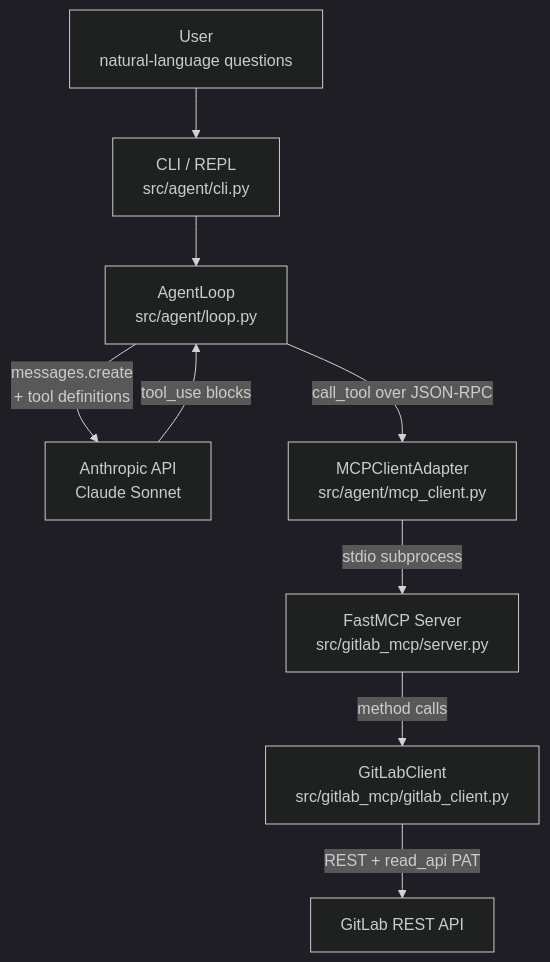
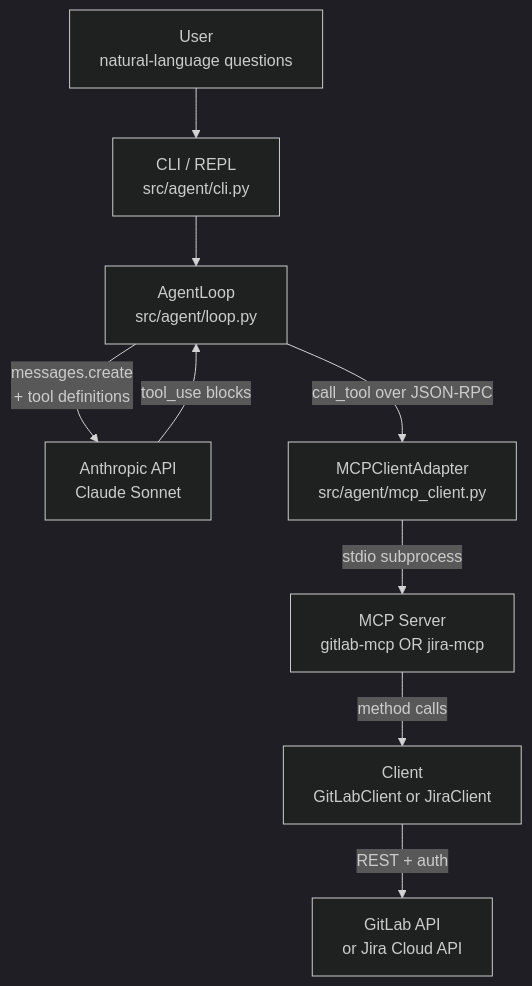
The diagram in README.md (readyrok/gitlab-mcp), drawn with Mermaid (dark theme) before and after one commit. The commit also changed other lines of this file, not shown here.

````diff
--- a/README.md
+++ b/README.md
@@ -39,12 +46,12 @@
 ```mermaid
 flowchart TD
     user[User<br/>natural-language questions]
     user --> cli[CLI / REPL<br/>src/agent/cli.py]
     cli --> loop[AgentLoop<br/>src/agent/loop.py]
     loop -->|messages.create<br/>+ tool definitions| anthropic[Anthropic API<br/>Claude Sonnet]
     anthropic -->|tool_use blocks| loop
     loop -->|call_tool over JSON-RPC| mcpc[MCPClientAdapter<br/>src/agent/mcp_client.py]
-    mcpc -->|stdio subprocess| server[FastMCP Server<br/>src/gitlab_mcp/server.py]
-    server -->|method calls| client[GitLabClient<br/>src/gitlab_mcp/gitlab_client.py]
-    client -->|REST + read_api PAT| gitlab[GitLab REST API]
+    mcpc -->|stdio subprocess| server[MCP Server<br/>gitlab-mcp OR jira-mcp]
+    server -->|method calls| client[Client<br/>GitLabClient or JiraClient]
+    client -->|REST + auth| backend[GitLab API<br/>or Jira Cloud API]
 ```
````
